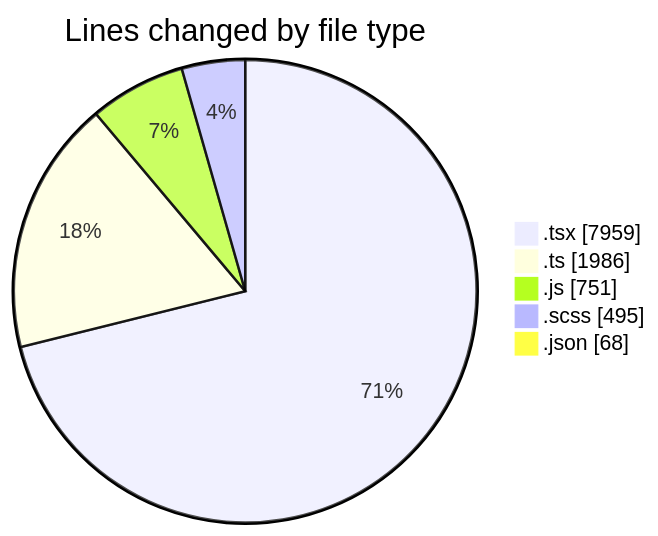
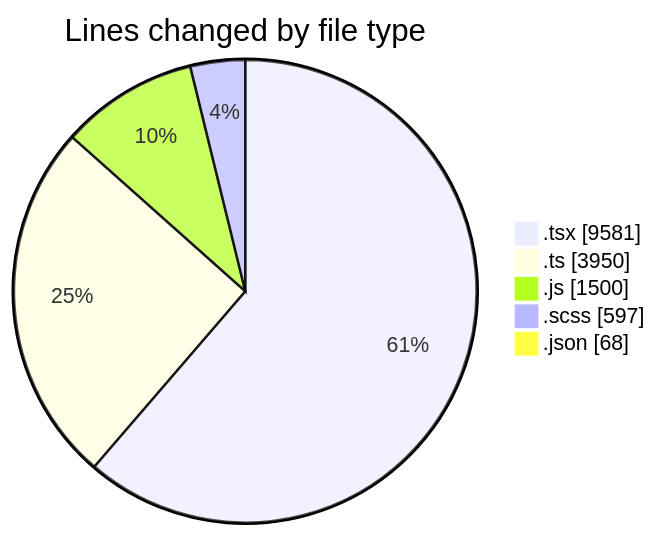
The first of 2 diagrams in 2026-06-10/cda/README.md (momahboobian/code-tracking), drawn with Mermaid before and after one commit. The commit also changed other lines of this file and 1 other file, not shown here.

````diff
--- a/2026-06-10/cda/README.md
+++ b/2026-06-10/cda/README.md
@@ -65,9 +65,9 @@
 ```mermaid
 pie showData
 title Lines changed by file type
-".tsx" : 7959
-".ts" : 1986
-".js" : 751
-".scss" : 495
+".tsx" : 9581
+".ts" : 3950
+".js" : 1500
+".scss" : 597
 ".json" : 68
 ```
````
